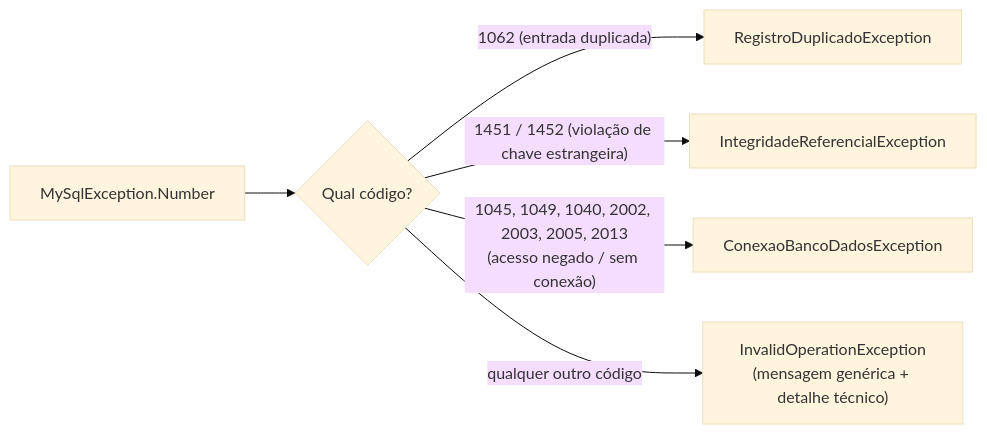
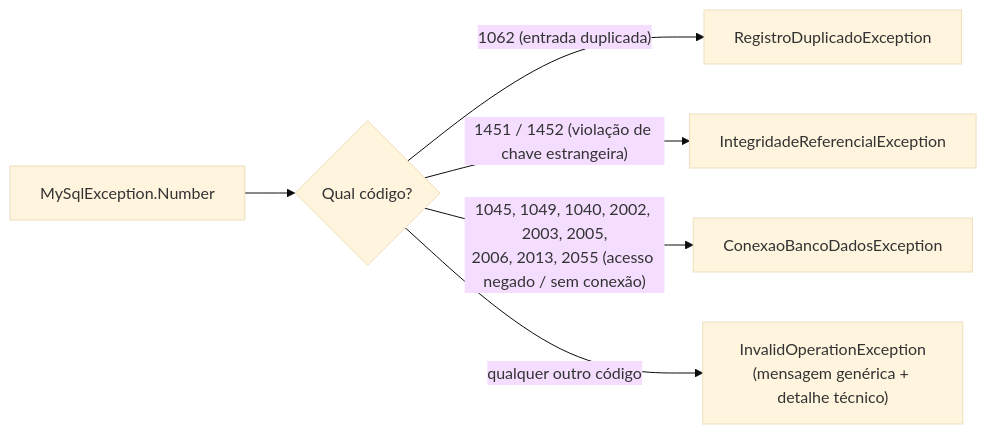
Before and after one commit to yurecamilo/TCC-Assiduidade: the first of 2 diagrams in docs/documentação/05-tratamento-de-erros-e-testes.md, drawn with Mermaid (base theme). The commit also changed other lines of this file and 41 other files, not shown here.

````diff
--- a/docs/documentação/05-tratamento-de-erros-e-testes.md
+++ b/docs/documentação/05-tratamento-de-erros-e-testes.md
@@ -49,8 +49,8 @@
 ```mermaid
 flowchart LR
     E["MySqlException.Number"] --> D{Qual código?}
     D -- "1062 (entrada duplicada)" --> A[RegistroDuplicadoException]
     D -- "1451 / 1452 (violação de chave estrangeira)" --> B[IntegridadeReferencialException]
-    D -- "1045, 1049, 1040, 2002, 2003, 2005, 2013<br/>(acesso negado / sem conexão)" --> C[ConexaoBancoDadosException]
+    D -- "1045, 1049, 1040, 2002, 2003, 2005,<br/>2006, 2013, 2055 (acesso negado / sem conexão)" --> C[ConexaoBancoDadosException]
     D -- "qualquer outro código" --> F["InvalidOperationException<br/>(mensagem genérica + detalhe técnico)"]
 ```
````
